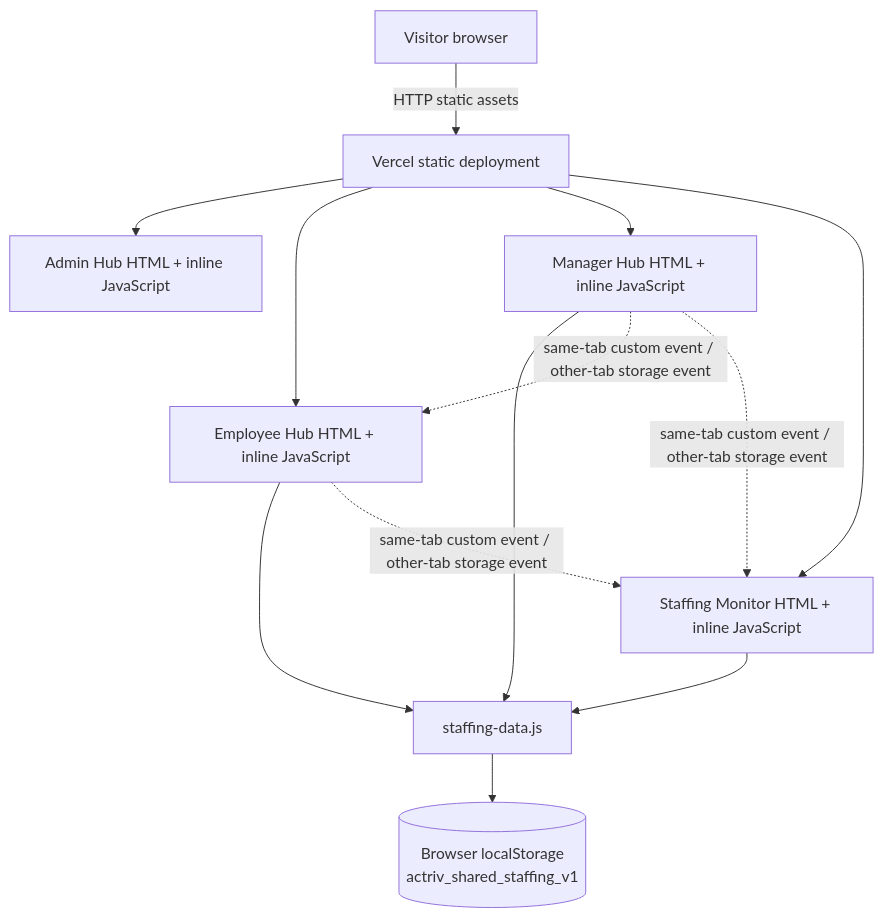
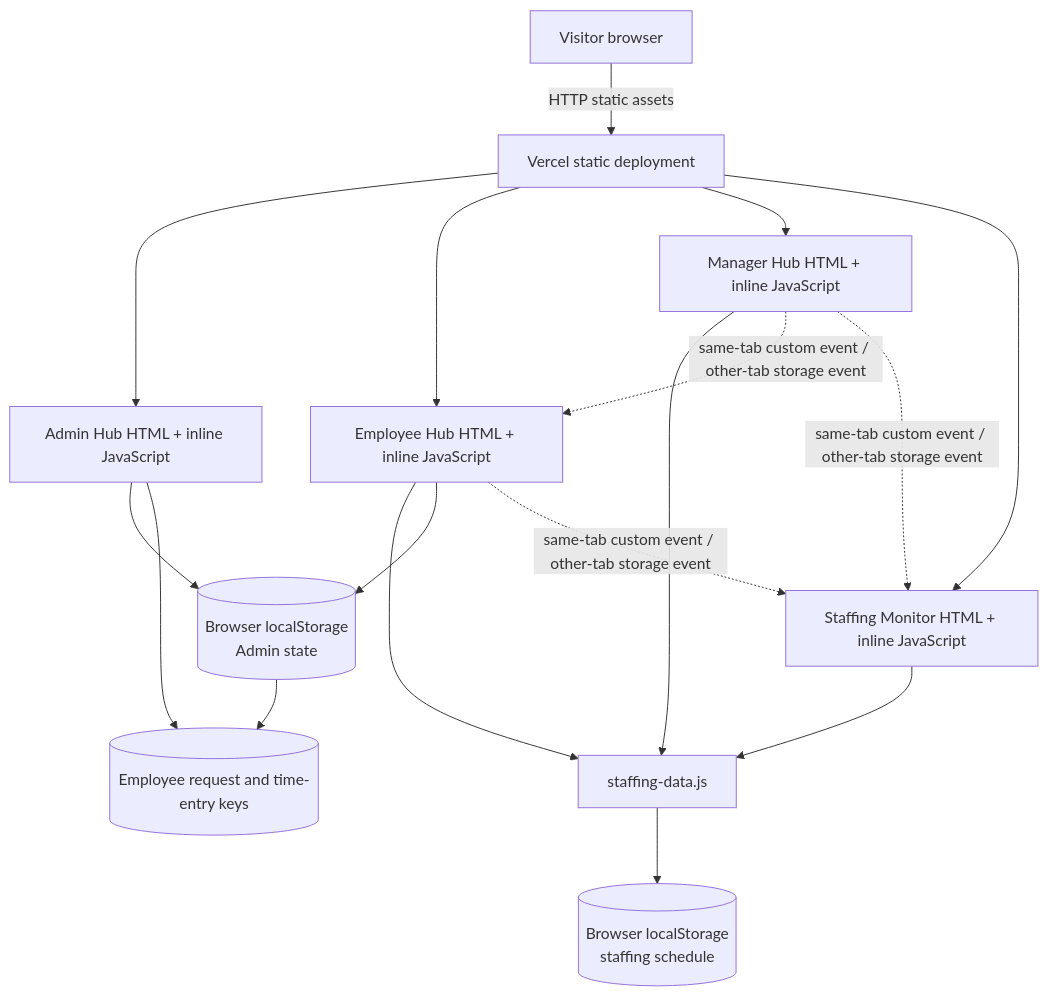
Before and after one commit to BlackNubi/Canis-Lupus: the fourth of 5 diagrams in SYSTEM_MASTER_OVERVIEW.md, drawn with Mermaid. The commit also changed other lines of this file, not shown here.

````diff
--- a/SYSTEM_MASTER_OVERVIEW.md
+++ b/SYSTEM_MASTER_OVERVIEW.md
@@ -331,15 +333,19 @@
 ```mermaid
 flowchart TD
   V[Visitor browser] -->|HTTP static assets| H[Vercel static deployment]
   H --> A[Admin Hub HTML + inline JavaScript]
   H --> E[Employee Hub HTML + inline JavaScript]
   H --> M[Manager Hub HTML + inline JavaScript]
   H --> S[Staffing Monitor HTML + inline JavaScript]
   M --> D[staffing-data.js]
   E --> D
   S --> D
-  D --> L[(Browser localStorage<br/>actriv_shared_staffing_v1)]
+  D --> L[(Browser localStorage<br/>staffing schedule)]
+  A --> W[(Browser localStorage<br/>Admin state)]
+  E --> W
+  W --> R[(Employee request and time-entry keys)]
+  A --> R
   M -. same-tab custom event / other-tab storage event .-> E
   M -. same-tab custom event / other-tab storage event .-> S
   E -. same-tab custom event / other-tab storage event .-> S
 ```
````
